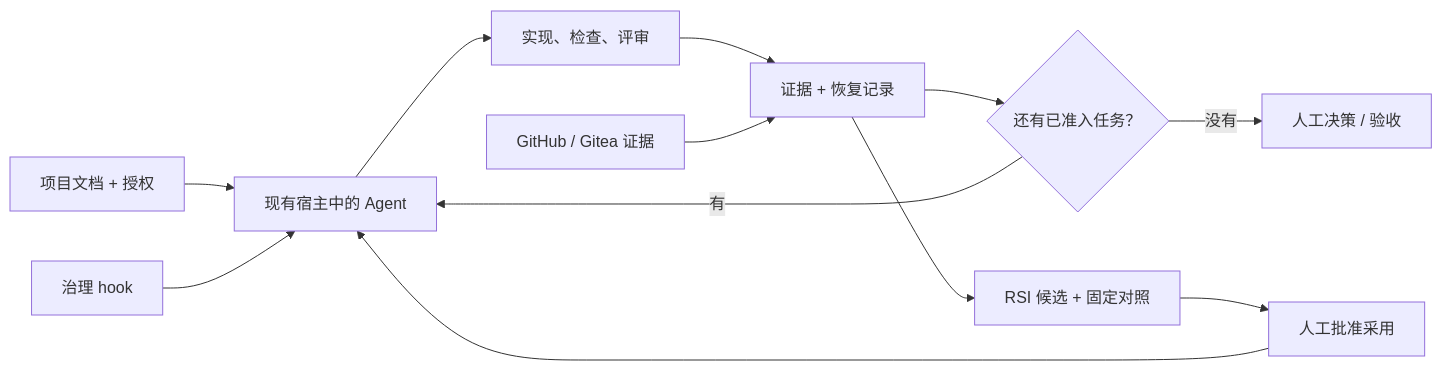
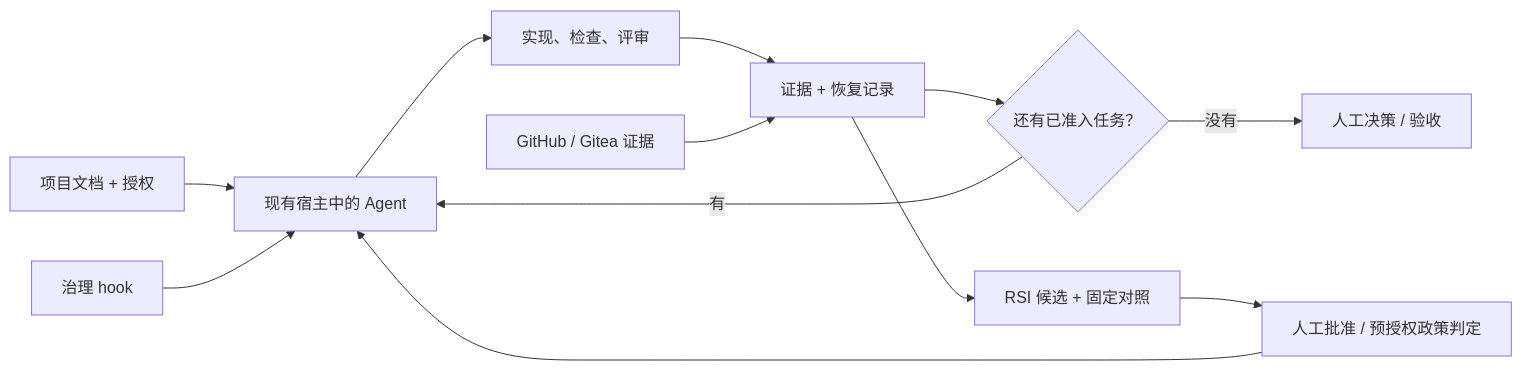
The diagram in README.zh-CN.md (JoeKeepGo/SAGE-Kit), drawn with Mermaid before and after one commit. The commit also changed other lines of this file and 21 other files, not shown here.

````diff
--- a/README.zh-CN.md
+++ b/README.zh-CN.md
@@ -27,14 +32,14 @@
 ```mermaid
 flowchart LR
   D["项目文档 + 授权"] --> A["现有宿主中的 Agent"]
   H["治理 hook"] --> A
   A --> W["实现、检查、评审"]
   W --> E["证据 + 恢复记录"]
   F["GitHub / Gitea 证据"] --> E
   E --> N{"还有已准入任务？"}
   N -->|有| A
   N -->|没有| U["人工决策 / 验收"]
   E --> R["RSI 候选 + 固定对照"]
-  R --> P["人工批准采用"]
+  R --> P["人工批准 / 预授权政策判定"]
   P --> A
 ```
````
